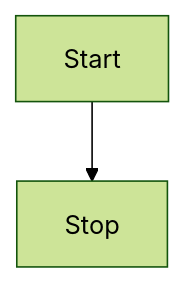
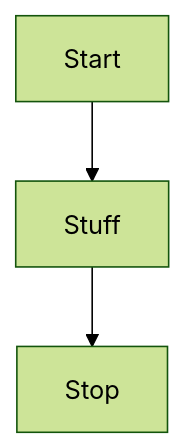
One commit to neenjaw/heartbeast-action-rpg-series changed the diagram in docs/index.md. Above: the diagram before and after it, drawn with Mermaid (forest theme).

Commit message:
Update index.md
update to mermaid diagram

````diff
--- a/docs/index.md
+++ b/docs/index.md
@@ -5,4 +5,4 @@
 ```mermaid
 graph TD
-	Start --> Stop
+	Start --> Stuff --> Stop
 ```
````
